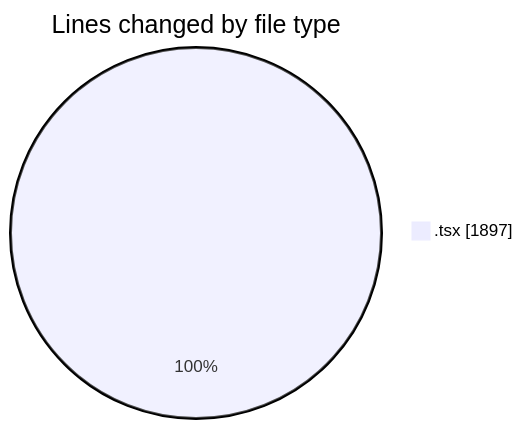
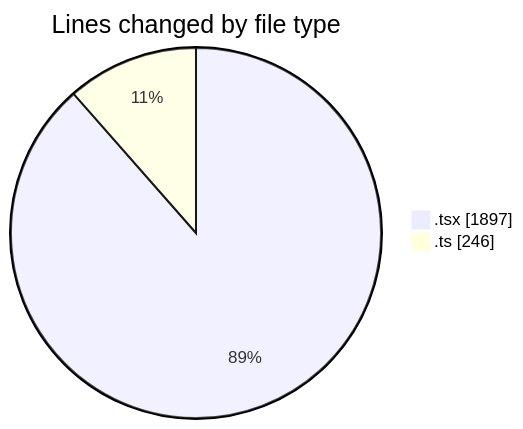
The first of 2 diagrams in 2026-05-14/nxtqube_webapp/README.md (nxtqubesakshisongat/code-tracking), drawn with Mermaid before and after one commit. The commit also changed other lines of this file and 1 other file, not shown here.

````diff
--- a/2026-05-14/nxtqube_webapp/README.md
+++ b/2026-05-14/nxtqube_webapp/README.md
@@ -21,5 +22,6 @@
 ```mermaid
 pie showData
 title Lines changed by file type
 ".tsx" : 1897
+".ts" : 246
 ```
````
